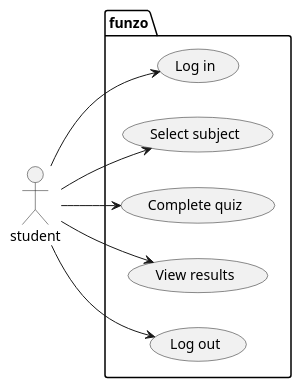
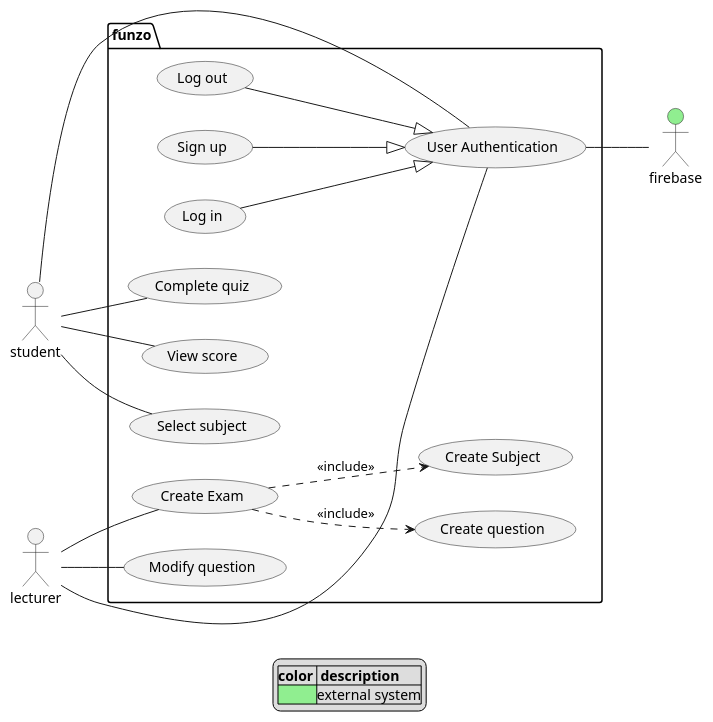
The diagram in docs/use-case.md (Tevingatheru/Funzo), drawn with PlantUML before and after one commit. The commit also changed 2 other files, not shown here.

Commit message:
Add class diagram

````diff
--- a/docs/use-case.md
+++ b/docs/use-case.md
@@ -1,20 +1,47 @@
 ```plantuml
 @startuml
 actor student
+actor lecturer
+actor firebase #lightgreen
+
 package funzo {
-  usecase "Log in" as logIn
   usecase "Select subject" as subject
   usecase "Complete quiz" as quiz
-  usecase "View results" as results
+  usecase "View score" as results
   usecase "Log out" as logOut
+  usecase "Log in" as logIn
+  usecase "Sign up" as signUp
+  usecase "Create Exam" as createExam
+  usecase "Create Subject" as createSubject
+  usecase "Create question" as createQ
+  usecase "Modify question" as modifyQ
+  usecase "User Authentication" as auth
 }
 
 left to right direction
-student --> logIn
-student --> subject
-student --> quiz
-student --> results
-student --> logOut
+student -- auth
+student -- subject
+student -- quiz
+student -- results
+lecturer -- auth
+lecturer -- createExam
+createExam ..> createQ: <<include>>
+createExam ..> createSubject: <<include>>
+lecturer -- modifyQ
+firebase -up- auth
+
+
+top to bottom direction
+auth <|-up- logIn
+auth <|-up- signUp
+auth <|-up- logOut
+
+left to right direction
+
+legend 
+|**color** | **description**|
+|<#lightgreen>|external system|
+end legend
 
 @enduml
 ```
````
